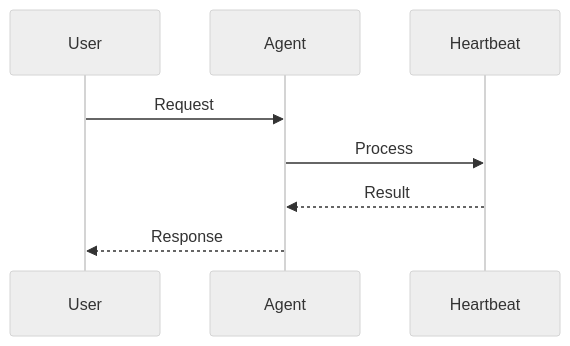
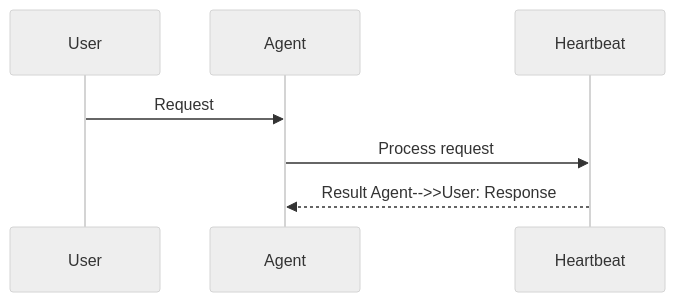
The second of 3 diagrams in docs/features/heartbeat.mdx (MervinPraison/PraisonAIDocs), drawn with Mermaid (neutral theme) before and after one commit. The commit also changed 204 other files, not shown here.

First line of the commit message:
docs: align feature/tool pages with AGENTS.md hero + sequence + import standards (fixes #1775)

````diff
--- a/docs/features/heartbeat.mdx
+++ b/docs/features/heartbeat.mdx
@@ -40,11 +40,10 @@
 ```mermaid
 sequenceDiagram
     participant User
     participant Agent
-    participant Heartbeat
+    participant Feature as Heartbeat
 
     User->>Agent: Request
-    Agent->>Heartbeat: Process
-    Heartbeat-->>Agent: Result
-    Agent-->>User: Response
+    Agent->>Feature: Process request
+    Feature-->>Agent: Result    Agent-->>User: Response
 ```
````
